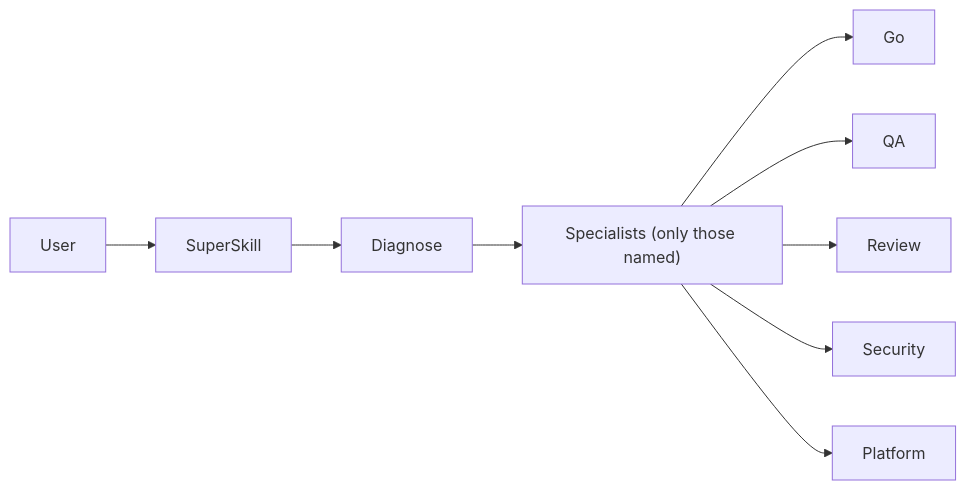
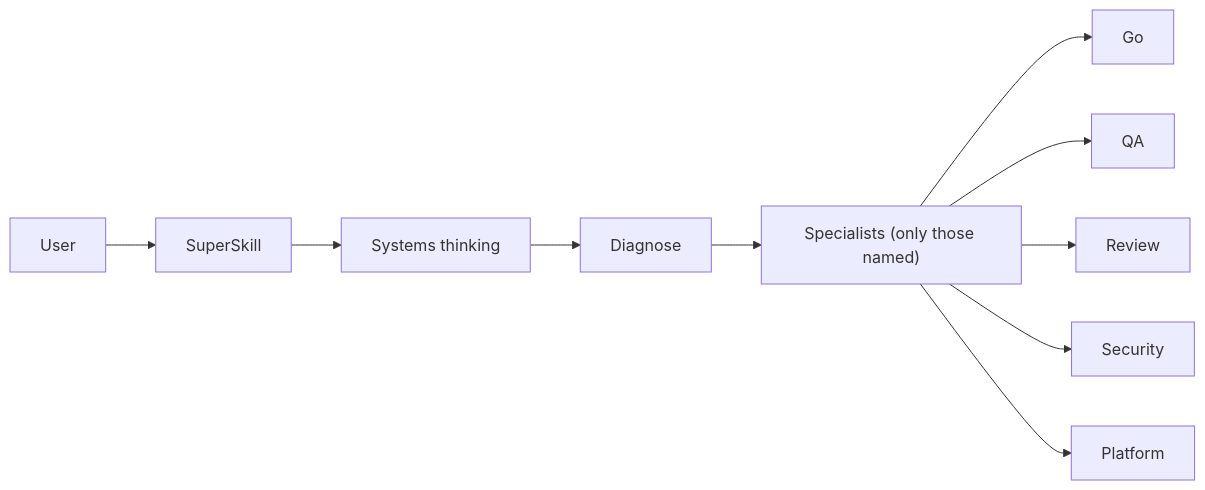
Before and after one commit to permanu/superskill: the diagram in catalog/pipeline/delivery.md, drawn with Mermaid. The commit also changed other lines of this file and 9 other files, not shown here.

First line of the commit message:
feat: v0.7.1 systems thinking and HITL grill

````diff
--- a/catalog/pipeline/delivery.md
+++ b/catalog/pipeline/delivery.md
@@ -14,11 +14,12 @@
 ```mermaid
 flowchart LR
   User --> SuperSkill
-  SuperSkill --> Diagnose
+  SuperSkill --> Systems[Systems thinking]
+  Systems --> Diagnose
   Diagnose --> Specs["Specialists (only those named)"]
   Specs --> Go
   Specs --> QA
   Specs --> Review
   Specs --> Sec[Security]
   Specs --> Plat[Platform]
 ```
````
